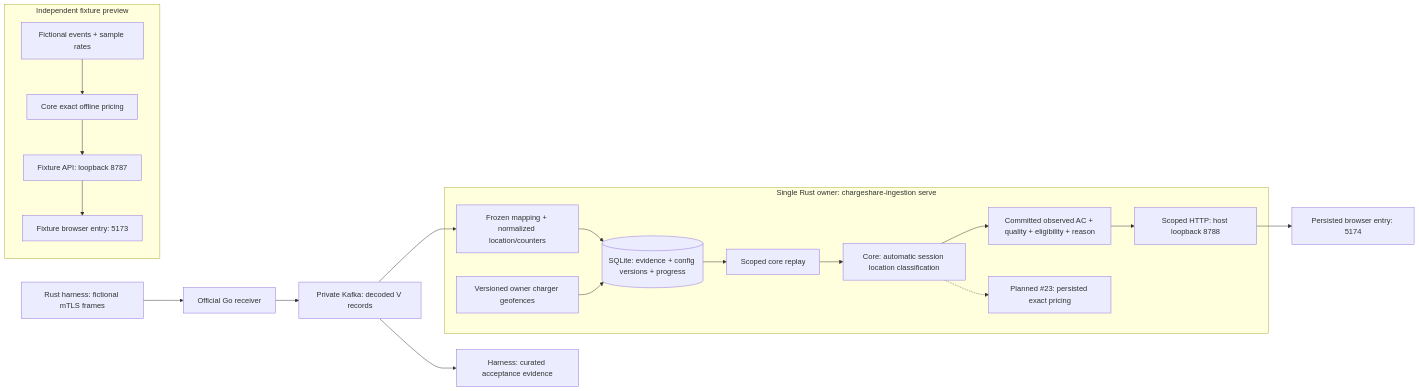
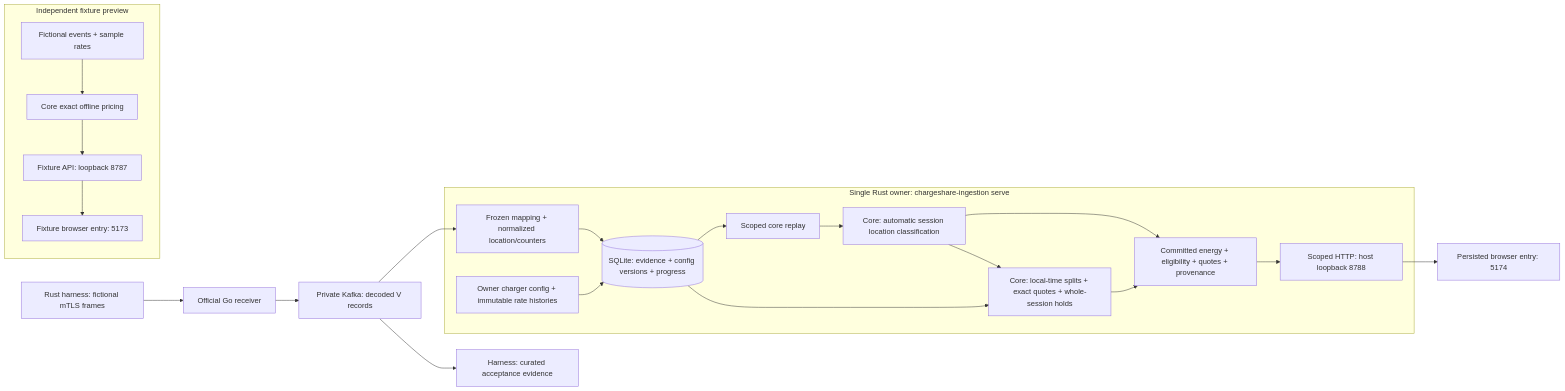
One commit to jestrada/ChargeShare changed the diagram in docs/architecture.md. Above: the diagram before and after it, drawn with Mermaid. The commit also changed other lines of this file and 33 other files, not shown here.

````diff
--- a/docs/architecture.md
+++ b/docs/architecture.md
@@ -32,22 +31,24 @@
 ```mermaid
 flowchart LR
     sender["Rust harness: fictional mTLS frames"] --> receiver["Official Go receiver"]
     receiver --> kafka["Private Kafka: decoded V records"]
     kafka --> normalize
     kafka --> capture["Harness: curated acceptance evidence"]
     subgraph owner["Single Rust owner: chargeshare-ingestion serve"]
         normalize["Frozen mapping + normalized location/counters"] --> sqlite[("SQLite: evidence + config versions + progress")]
-        config["Versioned owner charger geofences"] --> sqlite
+        config["Owner charger config + immutable rate histories"] --> sqlite
         sqlite --> replay["Scoped core replay"]
         replay --> classification["Core: automatic session location classification"]
-        classification --> results["Committed observed AC + quality + eligibility + reason"]
+        classification --> results["Committed energy + eligibility + quotes + provenance"]
+        classification --> pricing["Core: local-time splits + exact quotes + whole-session holds"]
+        sqlite --> pricing
+        pricing --> results
         results --> api["Scoped HTTP: host loopback 8788"]
-        classification -.-> pricing["Planned #23: persisted exact pricing"]
     end
     api --> persisted["Persisted browser entry: 5174"]
     subgraph fixture["Independent fixture preview"]
         demo["Fictional events + sample rates"] --> offline["Core exact offline pricing"]
         offline --> fixture_api["Fixture API: loopback 8787"]
         fixture_api --> fixture_ui["Fixture browser entry: 5173"]
     end
 ```
````
